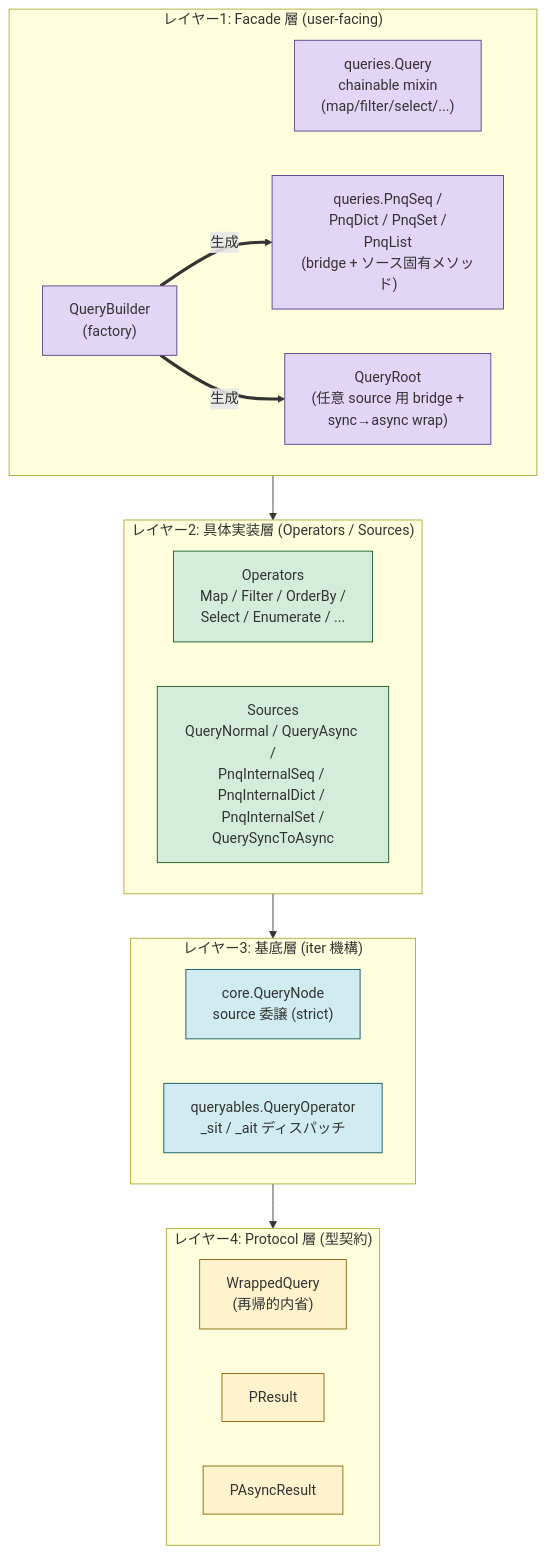
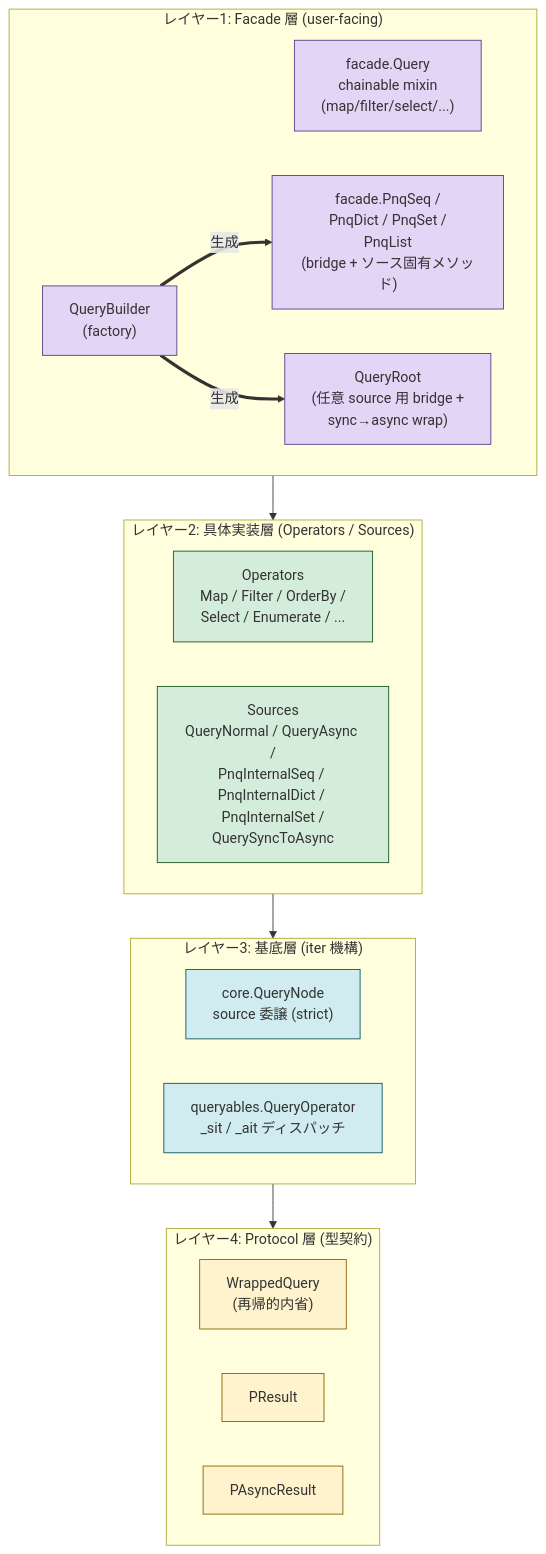
The first of 2 diagrams in docs/design.md (sasano8/pnq), drawn with Mermaid before and after one commit. The commit also changed other lines of this file and 2 other files, not shown here.

````diff
--- a/docs/design.md
+++ b/docs/design.md
@@ -28,44 +28,44 @@
 ```mermaid
 flowchart TB
     subgraph L1 ["レイヤー1: Facade 層 (user-facing)"]
         direction LR
-        qQuery["queries.Query<br/>chainable mixin<br/>(map/filter/select/...)"]
+        qQuery["facade.Query<br/>chainable mixin<br/>(map/filter/select/...)"]
         QueryRoot["QueryRoot<br/>(任意 source 用 bridge +<br/>sync→async wrap)"]
-        qBridges["queries.PnqSeq /<br/>PnqDict / PnqSet /<br/>PnqList<br/>(bridge + ソース固有メソッド)"]
+        qBridges["facade.PnqSeq /<br/>PnqDict / PnqSet /<br/>PnqList<br/>(bridge + ソース固有メソッド)"]
         QueryBuilder["QueryBuilder<br/>(factory)"]
     end
 
     subgraph L2 ["レイヤー2: 具体実装層 (Operators / Sources)"]
         direction LR
         Operators["Operators<br/>Map / Filter / OrderBy /<br/>Select / Enumerate / ..."]
         Sources["Sources<br/>QueryNormal / QueryAsync /<br/>PnqInternalSeq / PnqInternalDict / PnqInternalSet /<br/>QuerySyncToAsync"]
     end
 
     subgraph L3 ["レイヤー3: 基底層 (iter 機構)"]
         direction LR
         QueryNode["core.QueryNode<br/>source 委譲 (strict)"]
         QueryOperator["queryables.QueryOperator<br/>_sit / _ait ディスパッチ"]
     end
 
     subgraph L4 ["レイヤー4: Protocol 層 (型契約)"]
         direction LR
         WrappedQuery["WrappedQuery<br/>(再帰的内省)"]
         PResult["PResult"]
         PAsyncResult["PAsyncResult"]
     end
 
     L1 --> L2
     L2 --> L3
     L3 --> L4
     QueryBuilder ==>|生成| qBridges
     QueryBuilder ==>|生成| QueryRoot
 
     classDef facade fill:#e2d5f5,stroke:#5a3d8a
     classDef concrete fill:#d4edda,stroke:#155724
     classDef base fill:#d1ecf1,stroke:#0c5460
     classDef proto fill:#fff3cd,stroke:#856404
     class qQuery,QueryRoot,qBridges,QueryBuilder facade
     class Operators,Sources concrete
     class QueryNode,QueryOperator base
     class WrappedQuery,PResult,PAsyncResult proto
 ```
````
